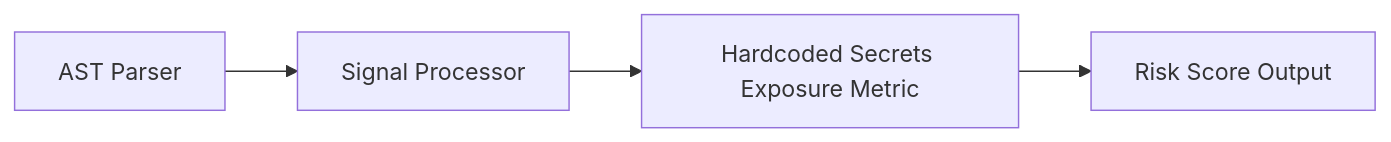
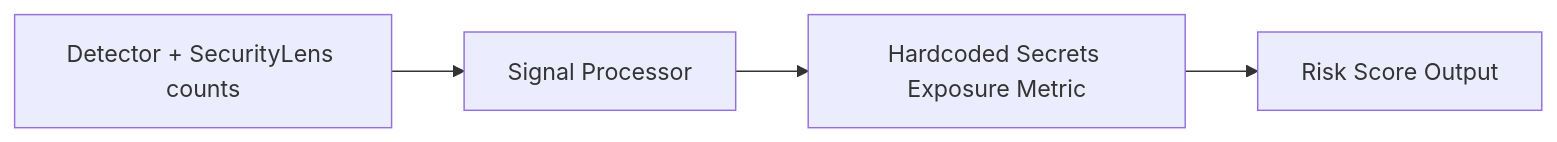
Before and after one commit to squid-protocol/gitgalaxy: the diagram in docs/wiki/08-23-hardcoded-secrets-exposure.md, drawn with Mermaid. The commit also changed other lines of this file and 4 other files, not shown here.

First line of the commit message:
docs(security): correct security lens and exposure page claims

````diff
--- a/docs/wiki/08-23-hardcoded-secrets-exposure.md
+++ b/docs/wiki/08-23-hardcoded-secrets-exposure.md
@@ -98,6 +106,6 @@
 ```mermaid
 flowchart LR
-    A[AST Parser] --> B[Signal Processor]
+    A[Detector + SecurityLens counts] --> B[Signal Processor]
     B --> C[Hardcoded Secrets Exposure Metric]
     C --> D[Risk Score Output]
 ```
````
